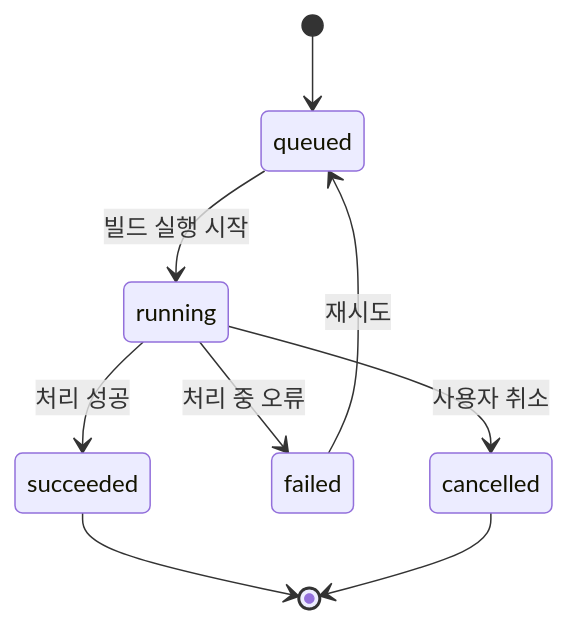
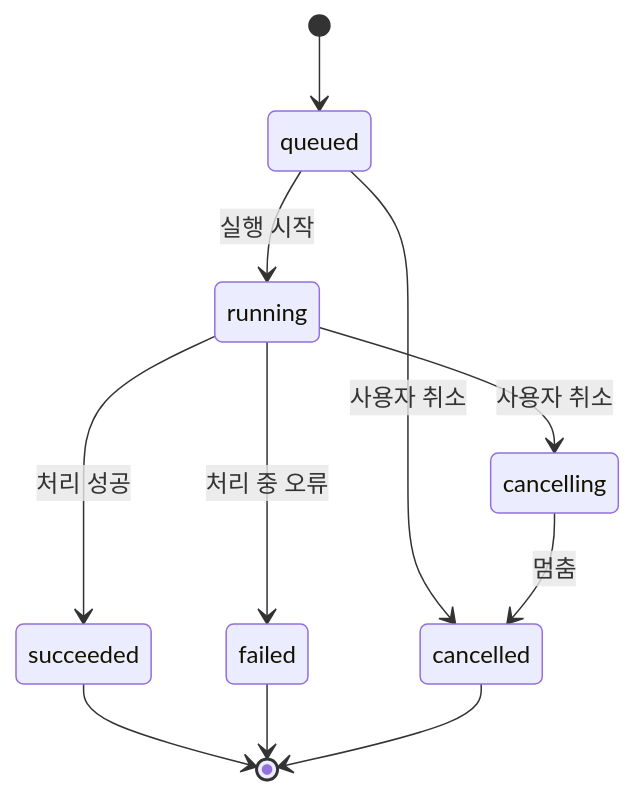
The second of 5 diagrams in STATE_MODEL.md (kpubdata-lab/kpubdata-studio), drawn with Mermaid before and after one commit. The commit also changed other lines of this file and 9 other files, not shown here.

````diff
--- a/STATE_MODEL.md
+++ b/STATE_MODEL.md
@@ -55,11 +61,13 @@
 ```mermaid
 stateDiagram-v2
     [*] --> queued
-    queued --> running: 빌드 실행 시작
+    queued --> running: 실행 시작
+    queued --> cancelled: 사용자 취소
+    running --> cancelling: 사용자 취소
+    cancelling --> cancelled: 멈춤
     running --> succeeded: 처리 성공
     running --> failed: 처리 중 오류
-    running --> cancelled: 사용자 취소
     succeeded --> [*]
-    failed --> queued: 재시도
+    failed --> [*]
     cancelled --> [*]
 ```
````
